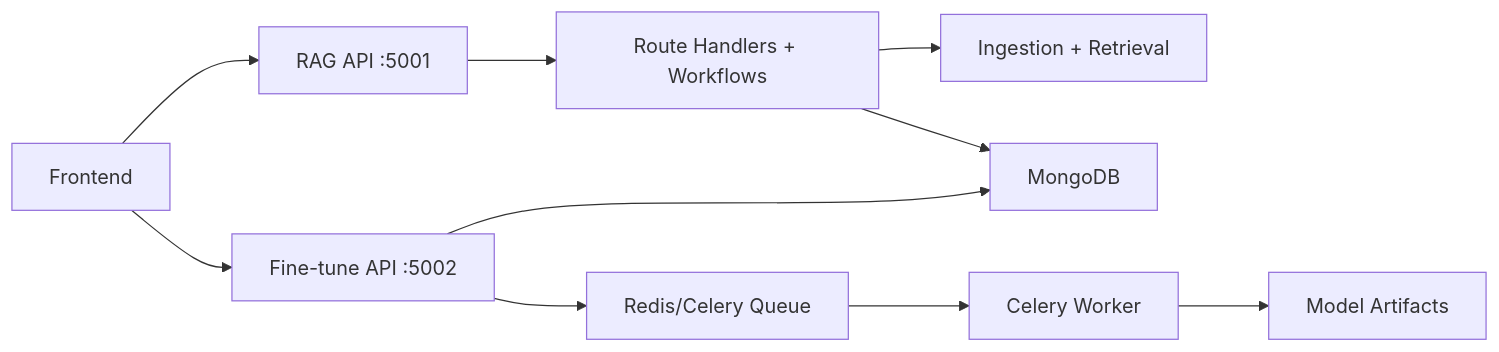
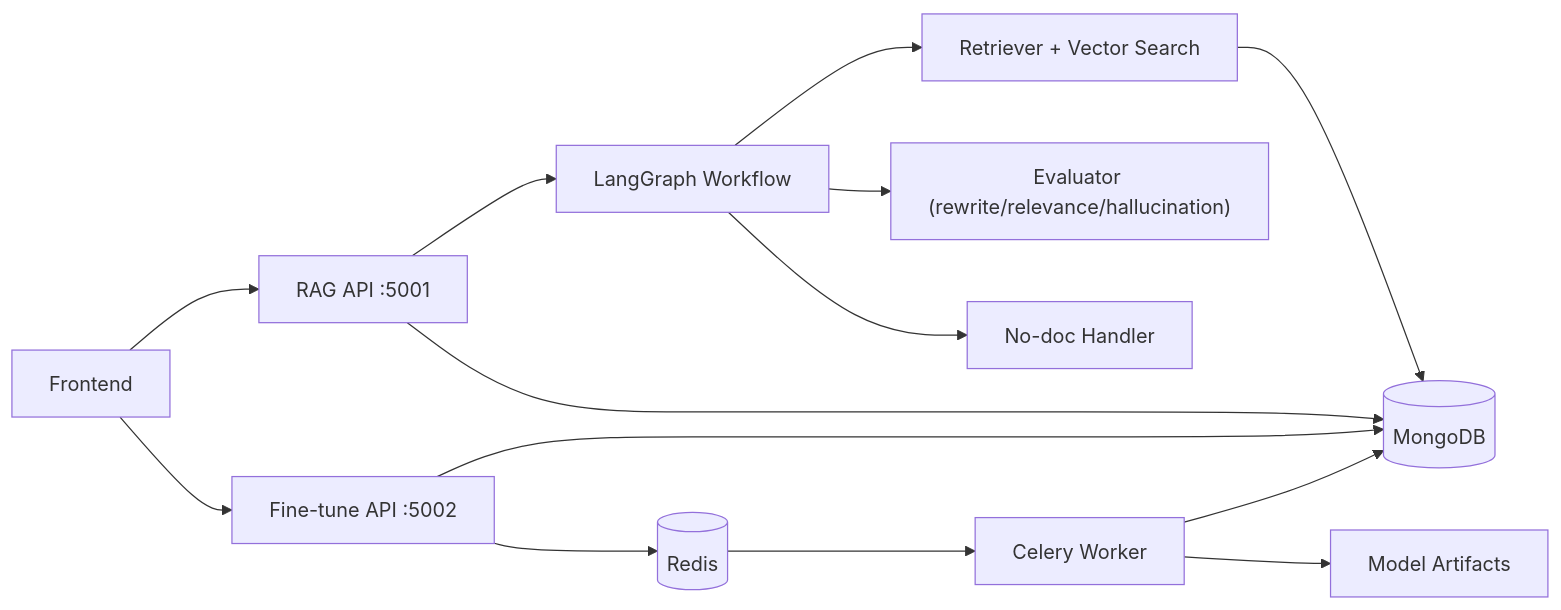
One commit to haseebraza715/EngageMind changed the first of 3 diagrams in engagemind-rag/ARCHITECTURE.md. Above: the diagram before and after it, drawn with Mermaid. The commit also changed other lines of this file and 3 other files, not shown here.

Commit message:
docs: expand runbooks and architecture guides

````diff
--- a/engagemind-rag/ARCHITECTURE.md
+++ b/engagemind-rag/ARCHITECTURE.md
@@ -20,22 +20,29 @@
 ```mermaid
 flowchart LR
   FE["Frontend"]
   RAG["RAG API :5001"]
   FT["Fine-tune API :5002"]
-  H["Route Handlers + Workflows"]
-  ING["Ingestion + Retrieval"]
-  DB["MongoDB"]
-  Q["Redis/Celery Queue"]
-  W["Celery Worker"]
-  M["Model Artifacts"]
+  WF["LangGraph Workflow"]
+  RET["Retriever + Vector Search"]
+  EV["Evaluator (rewrite/relevance/hallucination)"]
+  NODOC["No-doc Handler"]
+  DB[("MongoDB")]
+  REDIS[("Redis")]
+  CELERY["Celery Worker"]
+  ART["Model Artifacts"]
 
   FE --> RAG
+  RAG --> WF
+  WF --> RET
+  WF --> EV
+  WF --> NODOC
+  RET --> DB
+  RAG --> DB
+
   FE --> FT
-  RAG --> H
-  H --> ING
-  H --> DB
   FT --> DB
-  FT --> Q
-  Q --> W
-  W --> M
+  FT --> REDIS
+  REDIS --> CELERY
+  CELERY --> ART
+  CELERY --> DB
 ```
````
